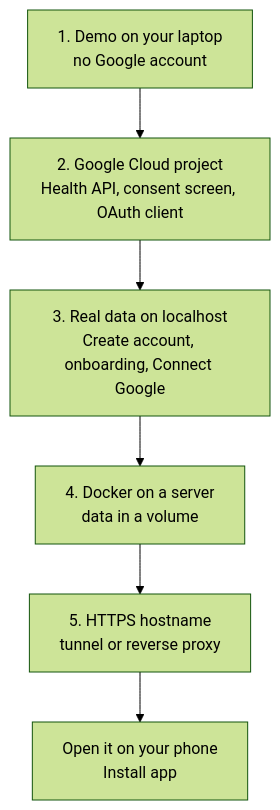
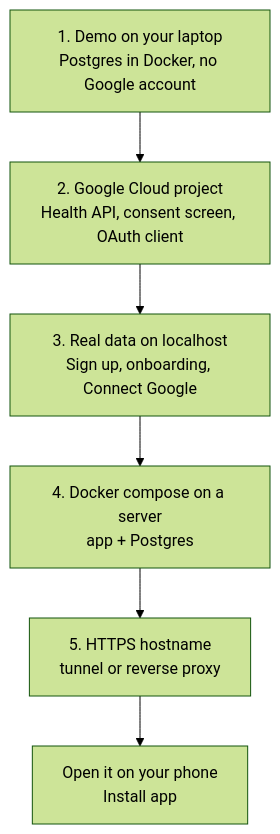
One commit to Ajamuar/pulse changed the diagram in docs/setup.md. Above: the diagram before and after it, drawn with Mermaid (forest theme). The commit also changed other lines of this file and 208 other files, not shown here.

````diff
--- a/docs/setup.md
+++ b/docs/setup.md
@@ -7,8 +8,8 @@
 ```mermaid
 flowchart TB
-  demo[1. Demo on your laptop<br/>no Google account] --> google[2. Google Cloud project<br/>Health API, consent screen, OAuth client]
-  google --> local[3. Real data on localhost<br/>Create account, onboarding, Connect Google]
-  local --> server[4. Docker on a server<br/>data in a volume]
+  demo[1. Demo on your laptop<br/>Postgres in Docker, no Google account] --> google[2. Google Cloud project<br/>Health API, consent screen, OAuth client]
+  google --> local[3. Real data on localhost<br/>Sign up, onboarding, Connect Google]
+  local --> server[4. Docker compose on a server<br/>app + Postgres]
   server --> https[5. HTTPS hostname<br/>tunnel or reverse proxy]
   https --> phone[Open it on your phone<br/>Install app]
 ```
````
